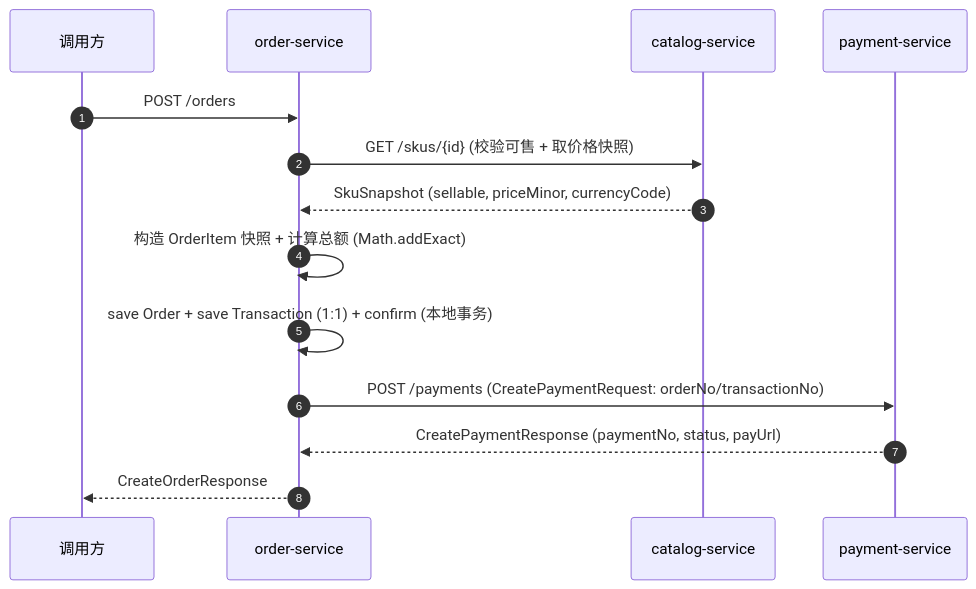
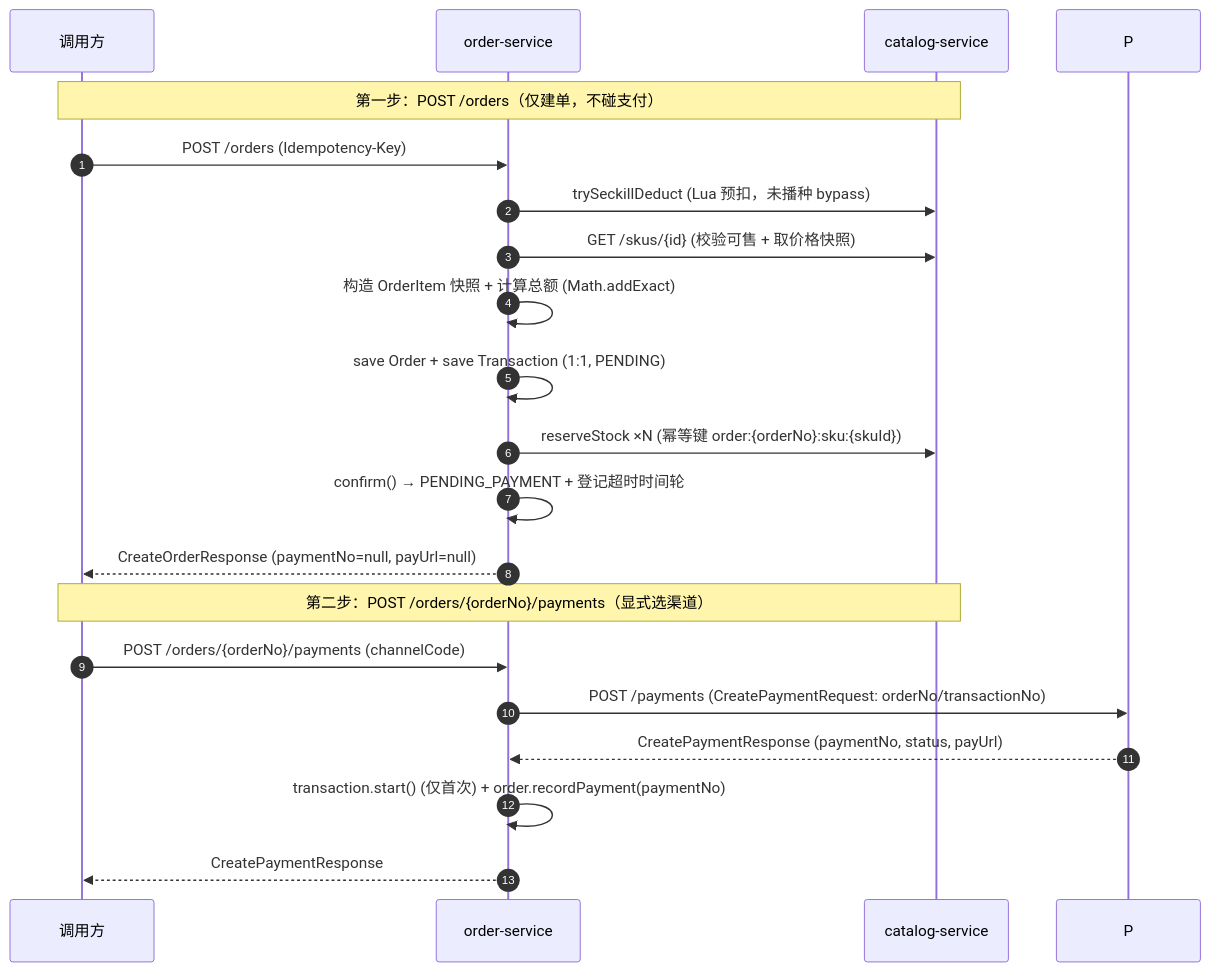
One commit to ckcky/Payment changed the first of 2 diagrams in docs/architecture/systems/order-service.md. Above: the diagram before and after it, drawn with Mermaid. The commit also changed other lines of this file and 7 other files, not shown here.

````diff
--- a/docs/architecture/systems/order-service.md
+++ b/docs/architecture/systems/order-service.md
@@ -208,16 +214,22 @@
 ```mermaid
 sequenceDiagram
     autonumber
     participant U as 调用方
     participant O as order-service
     participant Cat as catalog-service
-    participant P as payment-service
-    U->>O: POST /orders
+    Note over U,Cat: 第一步：POST /orders（仅建单，不碰支付）
+    U->>O: POST /orders (Idempotency-Key)
+    O->>Cat: trySeckillDeduct (Lua 预扣，未播种 bypass)
     O->>Cat: GET /skus/{id} (校验可售 + 取价格快照)
-    Cat-->>O: SkuSnapshot (sellable, priceMinor, currencyCode)
     O->>O: 构造 OrderItem 快照 + 计算总额 (Math.addExact)
-    O->>O: save Order + save Transaction (1:1) + confirm (本地事务)
+    O->>O: save Order + save Transaction (1:1, PENDING)
+    O->>Cat: reserveStock ×N (幂等键 order:{orderNo}:sku:{skuId})
+    O->>O: confirm() → PENDING_PAYMENT + 登记超时时间轮
+    O-->>U: CreateOrderResponse (paymentNo=null, payUrl=null)
+    Note over U,Cat: 第二步：POST /orders/{orderNo}/payments（显式选渠道）
+    U->>O: POST /orders/{orderNo}/payments (channelCode)
     O->>P: POST /payments (CreatePaymentRequest: orderNo/transactionNo)
     P-->>O: CreatePaymentResponse (paymentNo, status, payUrl)
-    O-->>U: CreateOrderResponse
+    O->>O: transaction.start() (仅首次) + order.recordPayment(paymentNo)
+    O-->>U: CreatePaymentResponse
 ```
````
